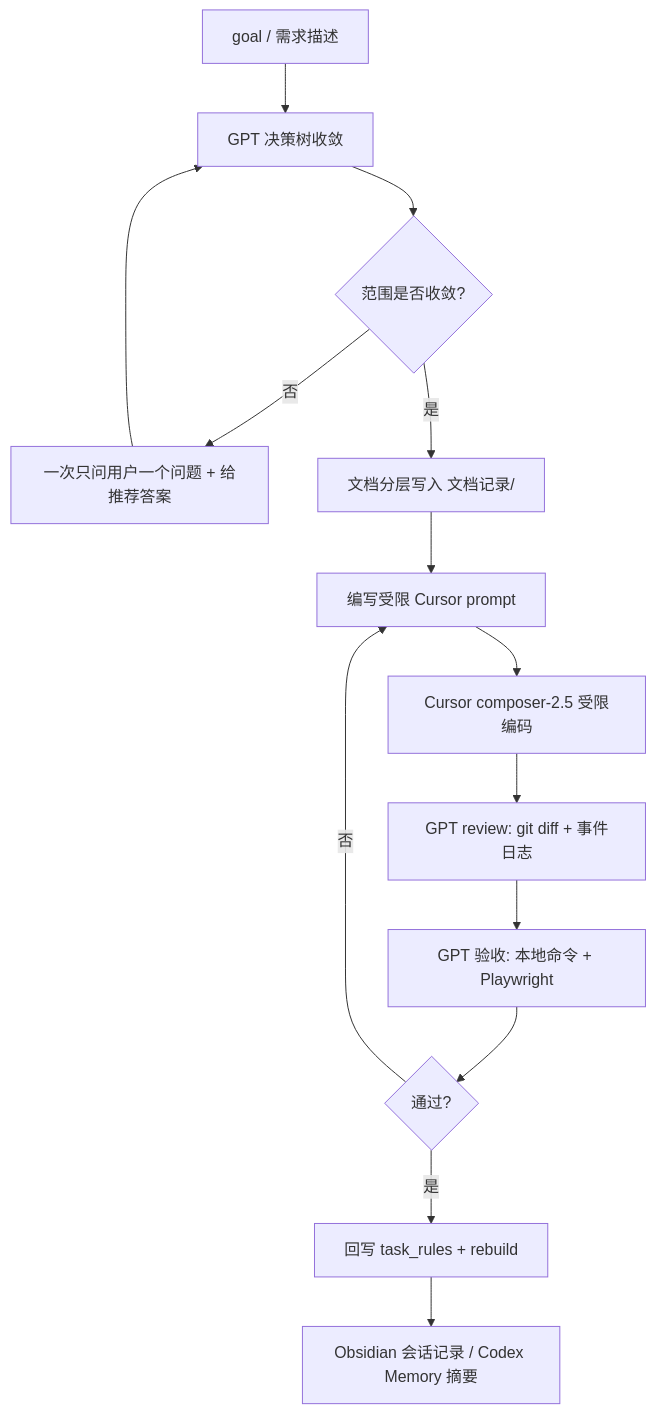
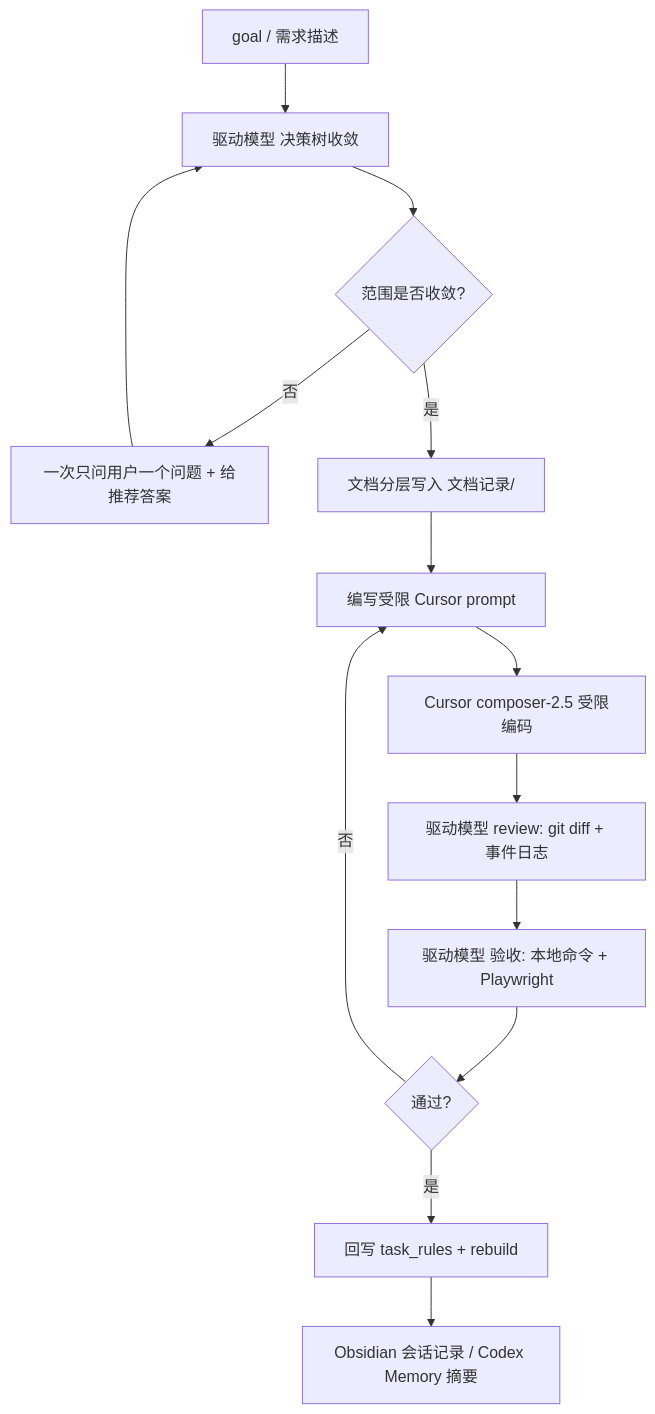
Before and after one commit to JeanbartBiubiu/damage_viewer_project_planning: the diagram in 项目设计说明书/06-开发模式与协同流程.md, drawn with Mermaid. The commit also changed other lines of this file and 108 other files, not shown here.

````diff
--- a/项目设计说明书/06-开发模式与协同流程.md
+++ b/项目设计说明书/06-开发模式与协同流程.md
@@ -46,16 +46,16 @@
 ```mermaid
 flowchart TD
-    A[goal / 需求描述] --> B[GPT 决策树收敛]
+    A[goal / 需求描述] --> B[驱动模型 决策树收敛]
     B --> C{范围是否收敛?}
     C -->|否| D[一次只问用户一个问题 + 给推荐答案]
     D --> B
     C -->|是| E[文档分层写入 文档记录/]
     E --> F[编写受限 Cursor prompt]
     F --> G[Cursor composer-2.5 受限编码]
-    G --> H[GPT review: git diff + 事件日志]
-    H --> I[GPT 验收: 本地命令 + Playwright]
+    G --> H[驱动模型 review: git diff + 事件日志]
+    H --> I[驱动模型 验收: 本地命令 + Playwright]
     I --> J{通过?}
     J -->|否| F
     J -->|是| K[回写 task_rules + rebuild]
     K --> L[Obsidian 会话记录 / Codex Memory 摘要]
 ```
````
